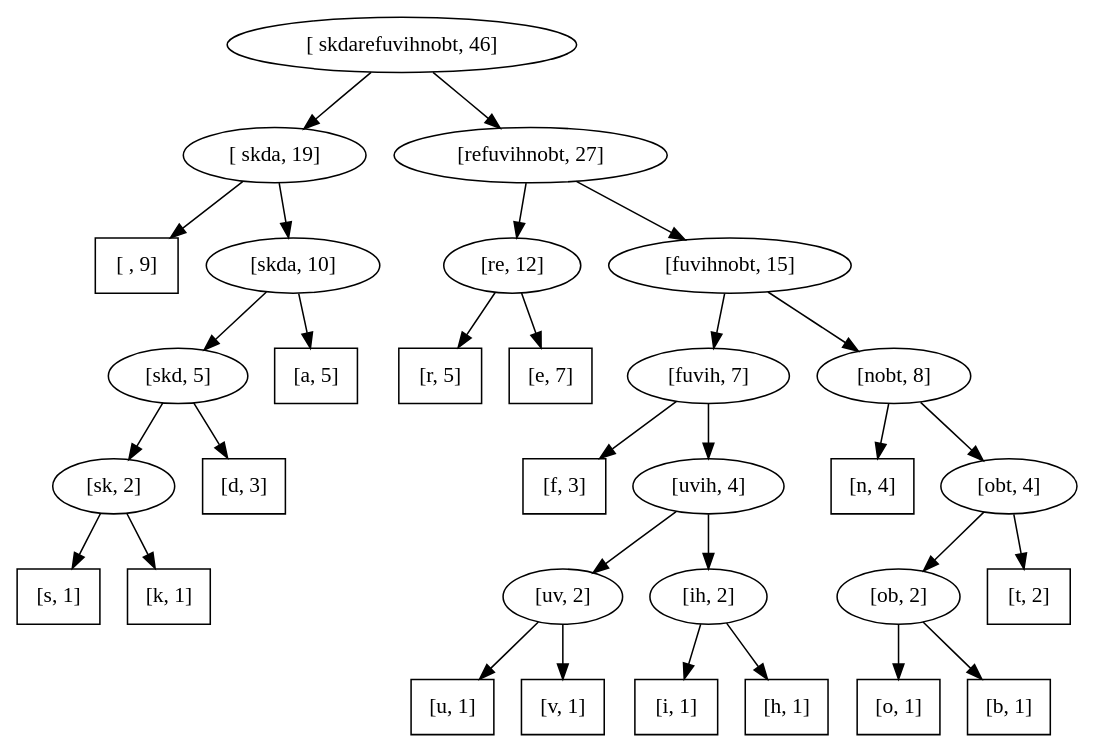
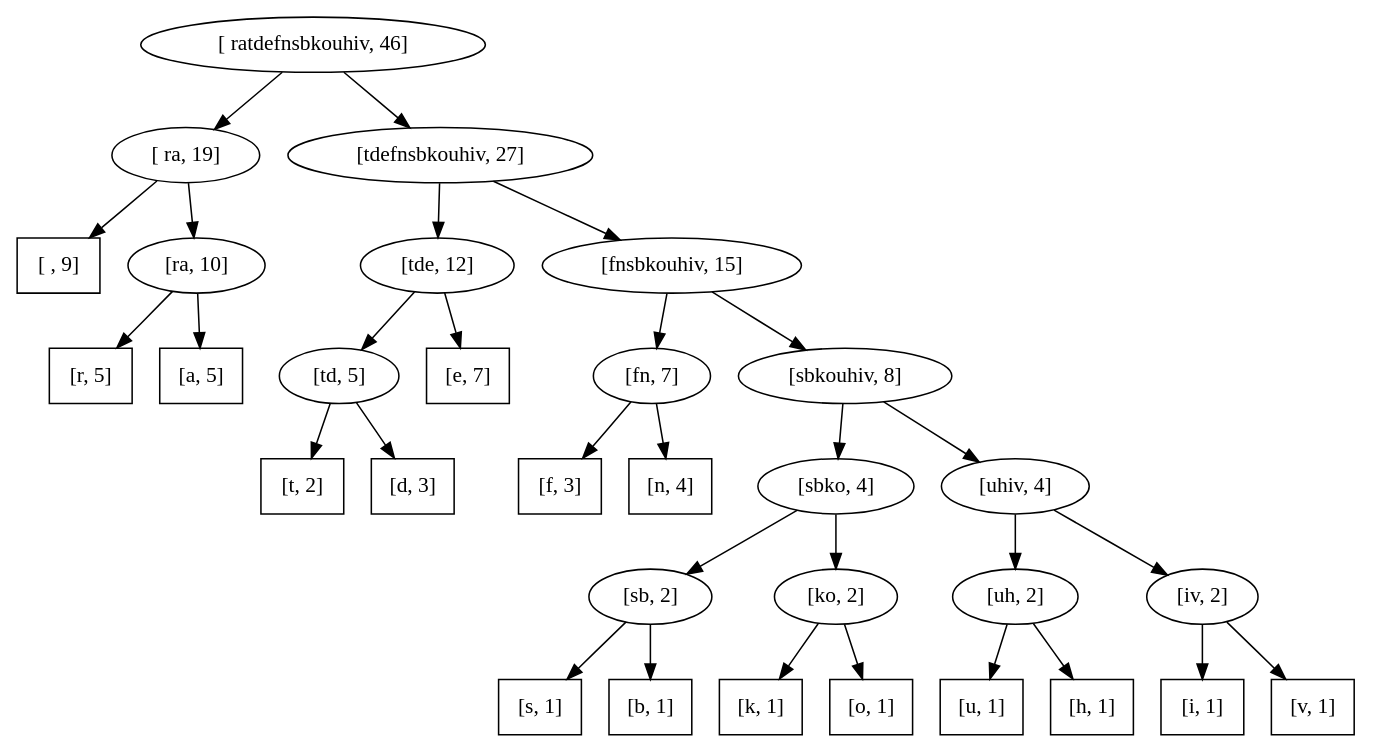
Before and after one commit to thomas-villagers/binarytree.cs: the third of 3 diagrams in README.org, drawn with Graphviz. The commit also changed other lines of this file and 4 other files, not shown here.

```diff
--- a/README.org
+++ b/README.org
@@ -321,50 +321,50 @@
 #+BEGIN_SRC dot :file images/tree3.png
 digraph G {
-  "[ skdarefuvihnobt, 46]" -> "[ skda, 19]"
-  "[ skda, 19]" -> "[ , 9]"
+  "[ ratdefnsbkouhiv, 46]" -> "[ ra, 19]"
+  "[ ra, 19]" -> "[ , 9]"
   "[ , 9]" [shape=rectangle];
-  "[ skda, 19]" -> "[skda, 10]"
-  "[skda, 10]" -> "[skd, 5]"
-  "[skd, 5]" -> "[sk, 2]"
-  "[sk, 2]" -> "[s, 1]"
+  "[ ra, 19]" -> "[ra, 10]"
+  "[ra, 10]" -> "[r, 5]"
+  "[r, 5]" [shape=rectangle];
+  "[ra, 10]" -> "[a, 5]"
+  "[a, 5]" [shape=rectangle];
+  "[ ratdefnsbkouhiv, 46]" -> "[tdefnsbkouhiv, 27]"
+  "[tdefnsbkouhiv, 27]" -> "[tde, 12]"
+  "[tde, 12]" -> "[td, 5]"
+  "[td, 5]" -> "[t, 2]"
+  "[t, 2]" [shape=rectangle];
+  "[td, 5]" -> "[d, 3]"
+  "[d, 3]" [shape=rectangle];
+  "[tde, 12]" -> "[e, 7]"
+  "[e, 7]" [shape=rectangle];
+  "[tdefnsbkouhiv, 27]" -> "[fnsbkouhiv, 15]"
+  "[fnsbkouhiv, 15]" -> "[fn, 7]"
+  "[fn, 7]" -> "[f, 3]"
+  "[f, 3]" [shape=rectangle];
+  "[fn, 7]" -> "[n, 4]"
+  "[n, 4]" [shape=rectangle];
+  "[fnsbkouhiv, 15]" -> "[sbkouhiv, 8]"
+  "[sbkouhiv, 8]" -> "[sbko, 4]"
+  "[sbko, 4]" -> "[sb, 2]"
+  "[sb, 2]" -> "[s, 1]"
   "[s, 1]" [shape=rectangle];
-  "[sk, 2]" -> "[k, 1]"
+  "[sb, 2]" -> "[b, 1]"
+  "[b, 1]" [shape=rectangle];
+  "[sbko, 4]" -> "[ko, 2]"
+  "[ko, 2]" -> "[k, 1]"
   "[k, 1]" [shape=rectangle];
-  "[skd, 5]" -> "[d, 3]"
-  "[d, 3]" [shape=rectangle];
-  "[skda, 10]" -> "[a, 5]"
-  "[a, 5]" [shape=rectangle];
-  "[ skdarefuvihnobt, 46]" -> "[refuvihnobt, 27]"
-  "[refuvihnobt, 27]" -> "[re, 12]"
-  "[re, 12]" -> "[r, 5]"
-  "[r, 5]" [shape=rectangle];
-  "[re, 12]" -> "[e, 7]"
-  "[e, 7]" [shape=rectangle];
-  "[refuvihnobt, 27]" -> "[fuvihnobt, 15]"
-  "[fuvihnobt, 15]" -> "[fuvih, 7]"
-  "[fuvih, 7]" -> "[f, 3]"
-  "[f, 3]" [shape=rectangle];
-  "[fuvih, 7]" -> "[uvih, 4]"
-  "[uvih, 4]" -> "[uv, 2]"
-  "[uv, 2]" -> "[u, 1]"
+  "[ko, 2]" -> "[o, 1]"
+  "[o, 1]" [shape=rectangle];
+  "[sbkouhiv, 8]" -> "[uhiv, 4]"
+  "[uhiv, 4]" -> "[uh, 2]"
+  "[uh, 2]" -> "[u, 1]"
   "[u, 1]" [shape=rectangle];
-  "[uv, 2]" -> "[v, 1]"
+  "[uh, 2]" -> "[h, 1]"
+  "[h, 1]" [shape=rectangle];
+  "[uhiv, 4]" -> "[iv, 2]"
+  "[iv, 2]" -> "[i, 1]"
+  "[i, 1]" [shape=rectangle];
+  "[iv, 2]" -> "[v, 1]"
   "[v, 1]" [shape=rectangle];
-  "[uvih, 4]" -> "[ih, 2]"
-  "[ih, 2]" -> "[i, 1]"
-  "[i, 1]" [shape=rectangle];
-  "[ih, 2]" -> "[h, 1]"
-  "[h, 1]" [shape=rectangle];
-  "[fuvihnobt, 15]" -> "[nobt, 8]"
-  "[nobt, 8]" -> "[n, 4]"
-  "[n, 4]" [shape=rectangle];
-  "[nobt, 8]" -> "[obt, 4]"
-  "[obt, 4]" -> "[ob, 2]"
-  "[ob, 2]" -> "[o, 1]"
-  "[o, 1]" [shape=rectangle];
-  "[ob, 2]" -> "[b, 1]"
-  "[b, 1]" [shape=rectangle];
-  "[obt, 4]" -> "[t, 2]"
-  "[t, 2]" [shape=rectangle];
 }
 #+END_SRC
```
